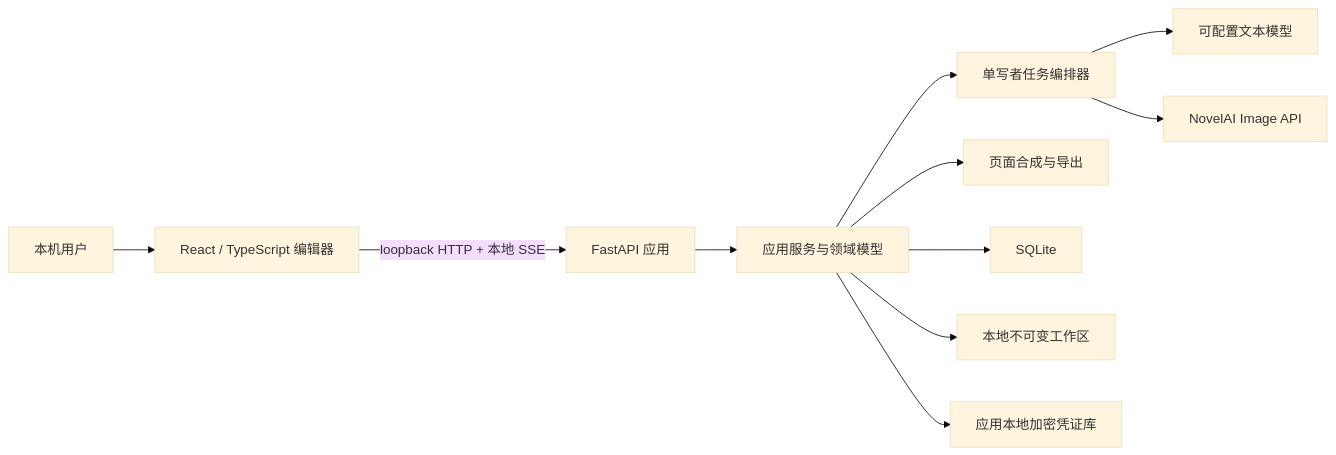
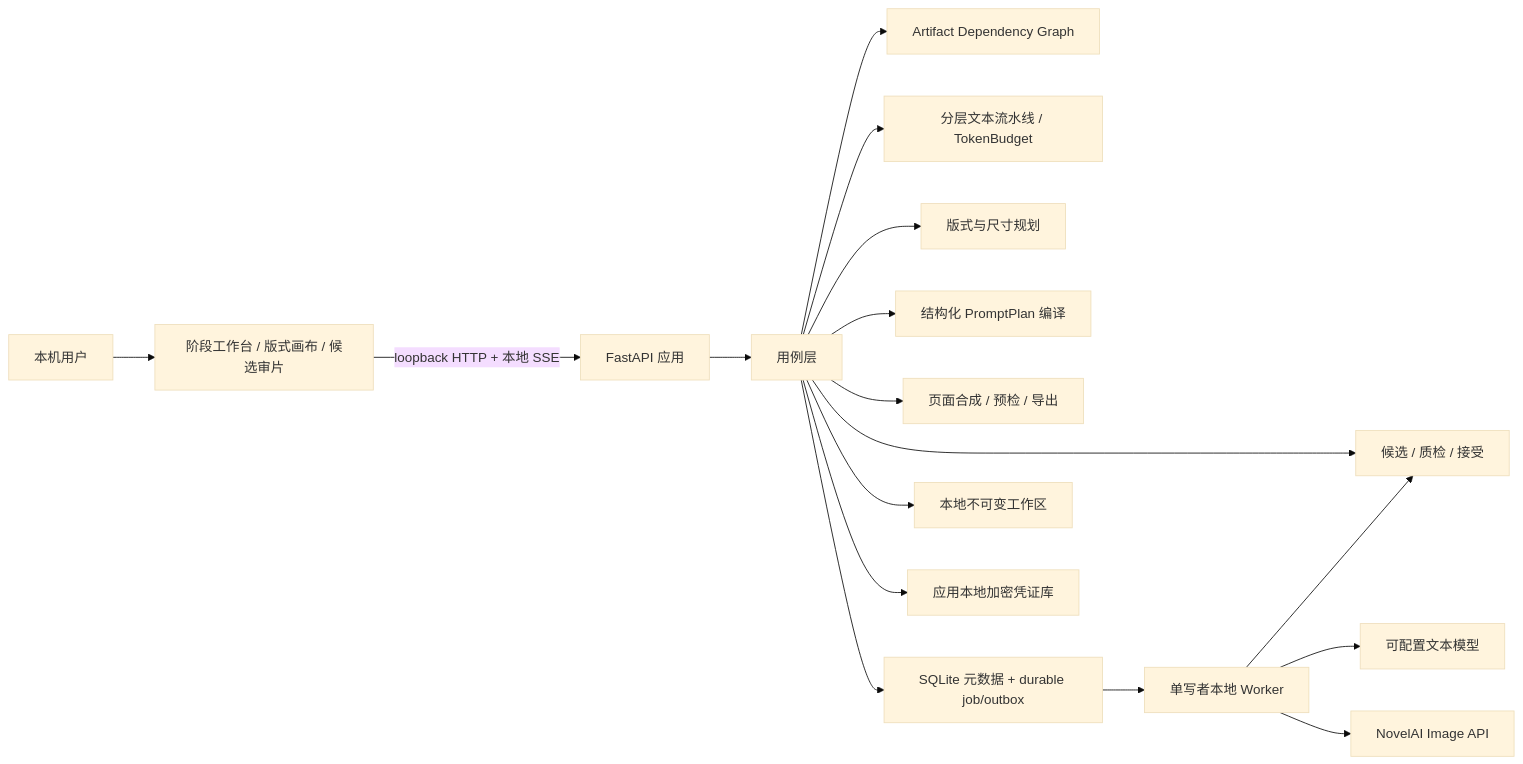
One commit to Litinan-Ery/Manga-Maker changed the first of 5 diagrams in TECHNICAL_ARCHITECTURE.md. Above: the diagram before and after it, drawn with Mermaid (base theme). The commit also changed other lines of this file and 7 other files, not shown here.

First line of the commit message:
docs: define v0.3 architecture and delivery tickets

````diff
--- a/TECHNICAL_ARCHITECTURE.md
+++ b/TECHNICAL_ARCHITECTURE.md
@@ -153,13 +170,19 @@
 ```mermaid
 flowchart LR
-    U["本机用户"] --> UI["React / TypeScript 编辑器"]
+    U["本机用户"] --> UI["阶段工作台 / 版式画布 / 候选审片"]
     UI -->|"loopback HTTP + 本地 SSE"| API["FastAPI 应用"]
-    API --> APP["应用服务与领域模型"]
-    APP --> ORCH["单写者任务编排器"]
-    APP --> RENDER["页面合成与导出"]
-    APP --> DB["SQLite"]
-    APP --> FILES["本地不可变工作区"]
-    APP --> VAULT["应用本地加密凭证库"]
-    ORCH --> LLM["可配置文本模型"]
-    ORCH --> NAI["NovelAI Image API"]
+    API --> USE["用例层"]
+    USE --> GRAPH["Artifact Dependency Graph"]
+    USE --> TEXT["分层文本流水线 / TokenBudget"]
+    USE --> LAYOUT["版式与尺寸规划"]
+    USE --> PROMPT["结构化 PromptPlan 编译"]
+    USE --> REVIEW["候选 / 质检 / 接受"]
+    USE --> RENDER["页面合成 / 预检 / 导出"]
+    USE --> DB["SQLite 元数据 + durable job/outbox"]
+    USE --> FILES["本地不可变工作区"]
+    USE --> VAULT["应用本地加密凭证库"]
+    DB --> WORKER["单写者本地 Worker"]
+    WORKER --> LLM["可配置文本模型"]
+    WORKER --> NAI["NovelAI Image API"]
+    WORKER --> REVIEW
 ```
````
